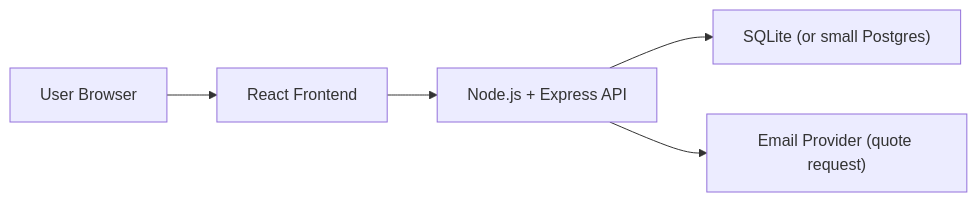
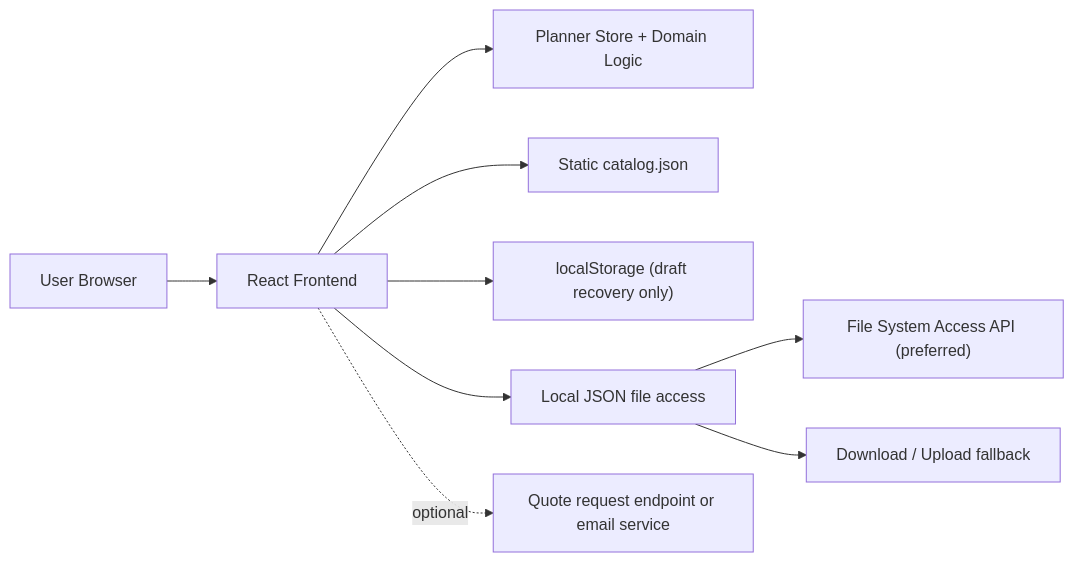
One commit to Anastasiya-ZhyrkevichC/room-visualizer changed the diagram in mds/architecture-plan.md. Above: the diagram before and after it, drawn with Mermaid. The commit also changed other lines of this file, not shown here.

````diff
--- a/mds/architecture-plan.md
+++ b/mds/architecture-plan.md
@@ -18,7 +26,11 @@
 ```mermaid
 flowchart LR
   U["User Browser"] --> FE["React Frontend"]
-  FE --> API["Node.js + Express API"]
-  API --> DB["SQLite (or small Postgres)"]
-  API --> MAIL["Email Provider (quote request)"]
+  FE --> STATE["Planner Store + Domain Logic"]
+  FE --> CATALOG["Static catalog.json"]
+  FE --> DRAFT["localStorage (draft recovery only)"]
+  FE --> FILES["Local JSON file access"]
+  FILES --> FSAPI["File System Access API (preferred)"]
+  FILES --> FALLBACK["Download / Upload fallback"]
+  FE -. optional .-> QUOTE["Quote request endpoint or email service"]
 ```
````
